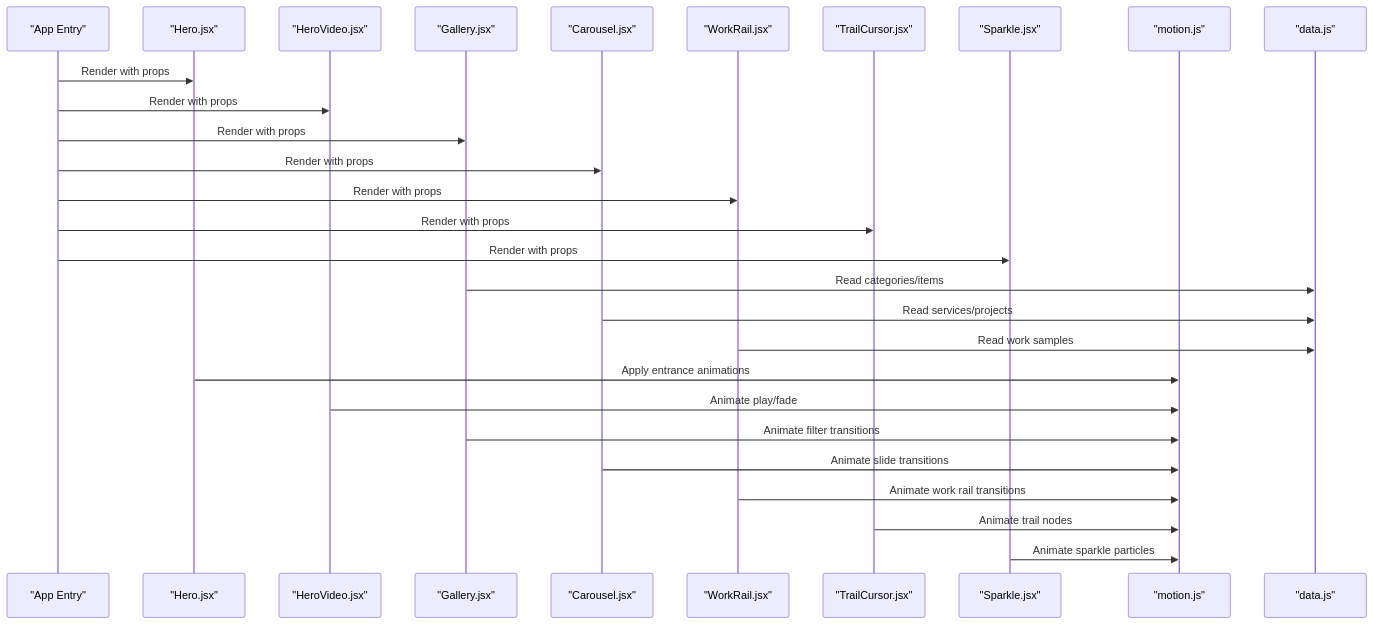
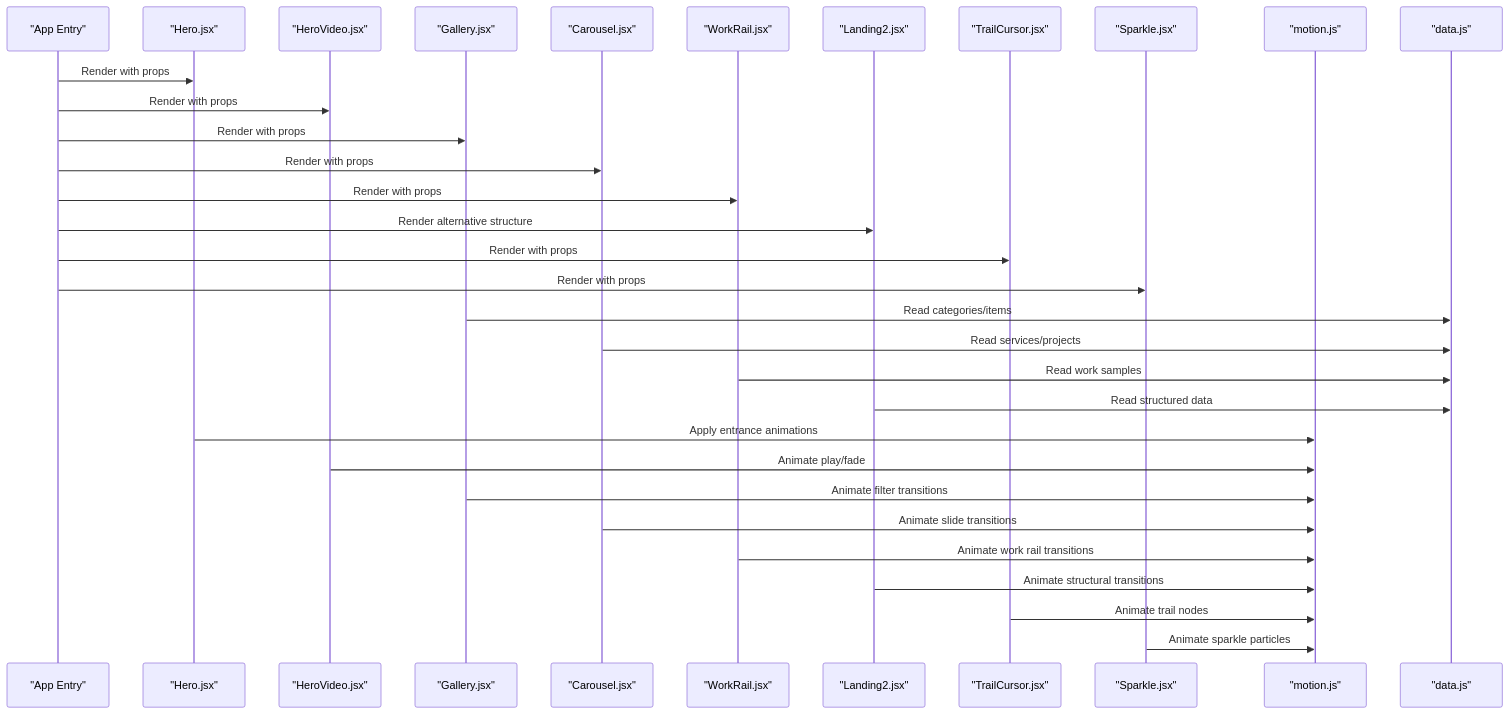
One commit to Theja4/podiummomentum changed the second of 6 diagrams in .qoder/repowiki/en/content/Component Architecture/Landing Page Components/Landing Page Components.md. Above: the diagram before and after it, drawn with Mermaid. The commit also changed other lines of this file and 48 other files, not shown here.

````diff
--- a/.qoder/repowiki/en/content/Component Architecture/Landing Page Components/Landing Page Components.md
+++ b/.qoder/repowiki/en/content/Component Architecture/Landing Page Components/Landing Page Components.md
@@ -132,30 +166,34 @@
 ```mermaid
 sequenceDiagram
 participant App as "App Entry"
 participant Hero as "Hero.jsx"
 participant HV as "HeroVideo.jsx"
 participant Gal as "Gallery.jsx"
 participant Car as "Carousel.jsx"
 participant WR as "WorkRail.jsx"
+participant L2 as "Landing2.jsx"
 participant TC as "TrailCursor.jsx"
 participant SP as "Sparkle.jsx"
 participant MS as "motion.js"
 participant DS as "data.js"
 App->>Hero : Render with props
 App->>HV : Render with props
 App->>Gal : Render with props
 App->>Car : Render with props
 App->>WR : Render with props
+App->>L2 : Render alternative structure
 App->>TC : Render with props
 App->>SP : Render with props
 Gal->>DS : Read categories/items
 Car->>DS : Read services/projects
 WR->>DS : Read work samples
+L2->>DS : Read structured data
 Hero->>MS : Apply entrance animations
 HV->>MS : Animate play/fade
 Gal->>MS : Animate filter transitions
 Car->>MS : Animate slide transitions
 WR->>MS : Animate work rail transitions
+L2->>MS : Animate structural transitions
 TC->>MS : Animate trail nodes
 SP->>MS : Animate sparkle particles
 ```
````
